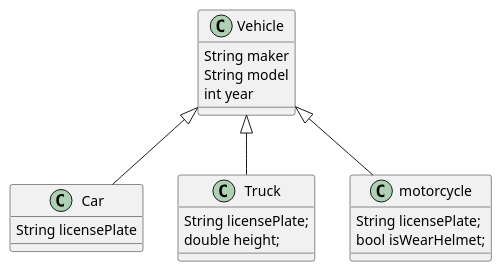
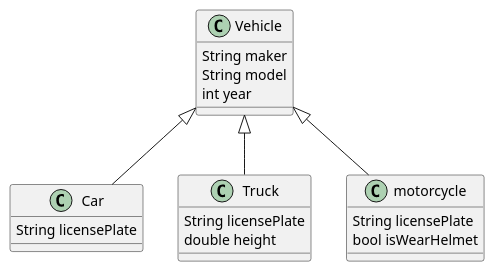
One commit to orm-camp-flutter-2ki/learn_dart_together changed the diagram in lib/24_03_12/practice_06/vehicles.puml. Above: the diagram before and after it, drawn with PlantUML. The commit also changed 1 other file, not shown here.

Commit message:
chore: library, vehicles 다이어그램 ; 제거

```diff
--- a/lib/24_03_12/practice_06/vehicles.puml
+++ b/lib/24_03_12/practice_06/vehicles.puml
@@ -1,22 +1,22 @@
 @startuml
 class Vehicle {
     String maker
     String model
     int year
 }
 
 class Car extends Vehicle {
     String licensePlate
 }
 
 class Truck extends Vehicle {
-    String licensePlate;
-    double height;
+    String licensePlate
+    double height
 }
 
 class motorcycle extends Vehicle{
-    String licensePlate;
-    bool isWearHelmet;
+    String licensePlate
+    bool isWearHelmet
 }
 
 @enduml
```
